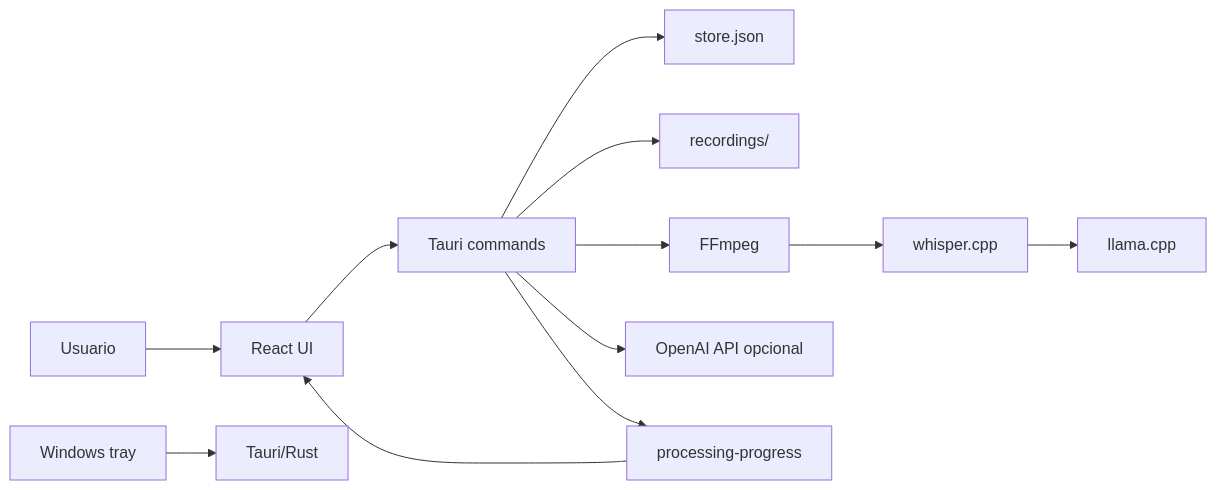
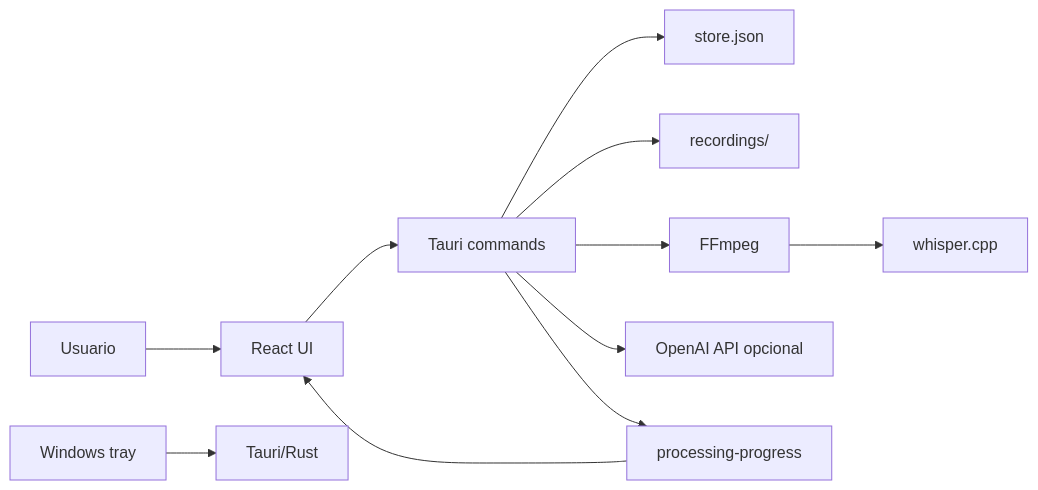
The first of 2 diagrams in docs/architecture.md (juliomarquesjr/meeting-vault-tauri), drawn with Mermaid before and after one commit. The commit also changed other lines of this file and 14 other files, not shown here.

````diff
--- a/docs/architecture.md
+++ b/docs/architecture.md
@@ -16,14 +16,13 @@
 ```mermaid
 flowchart LR
   User["Usuario"] --> UI["React UI"]
   Tray["Windows tray"] --> Tauri["Tauri/Rust"]
   UI --> Commands["Tauri commands"]
   Commands --> Store["store.json"]
   Commands --> Files["recordings/"]
   Commands --> FFmpeg["FFmpeg"]
   FFmpeg --> Whisper["whisper.cpp"]
-  Whisper --> Llama["llama.cpp"]
   Commands --> API["OpenAI API opcional"]
   Commands --> Events["processing-progress"]
   Events --> UI
 ```
````
